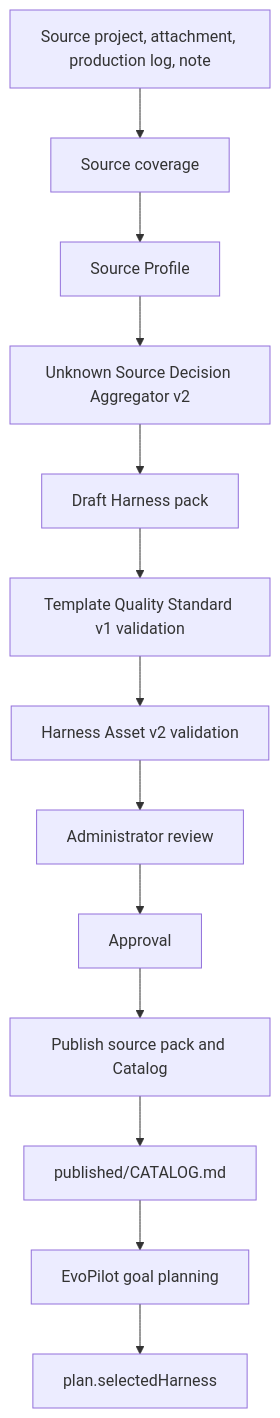
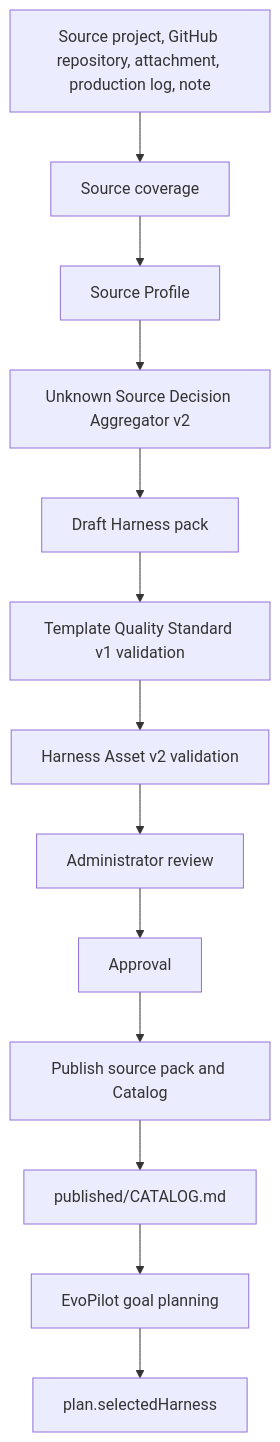
One commit to yeliang-wang/evopilot-harness changed the diagram in docs/architecture/overview.md. Above: the diagram before and after it, drawn with Mermaid. The commit also changed other lines of this file and 24 other files, not shown here.

````diff
--- a/docs/architecture/overview.md
+++ b/docs/architecture/overview.md
@@ -19,15 +19,15 @@
 ```mermaid
 flowchart TD
-  A["Source project, attachment, production log, note"] --> B["Source coverage"]
+  A["Source project, GitHub repository, attachment, production log, note"] --> B["Source coverage"]
   B --> P["Source Profile"]
   P --> C["Unknown Source Decision Aggregator v2"]
   C --> D["Draft Harness pack"]
   D --> E["Template Quality Standard v1 validation"]
   E --> A2["Harness Asset v2 validation"]
   A2 --> F["Administrator review"]
   F --> G["Approval"]
   G --> H["Publish source pack and Catalog"]
   H --> I["published/CATALOG.md"]
   I --> J["EvoPilot goal planning"]
   J --> K["plan.selectedHarness"]
 ```
````
